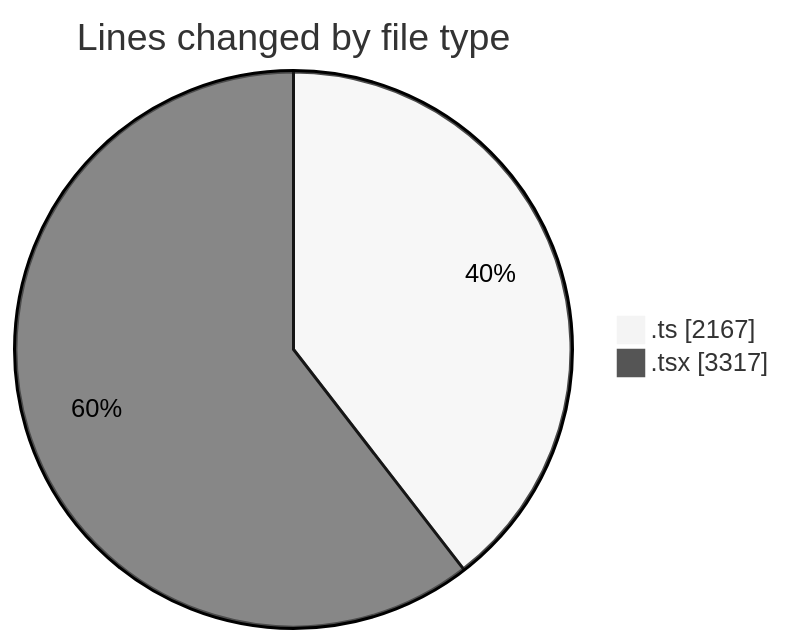
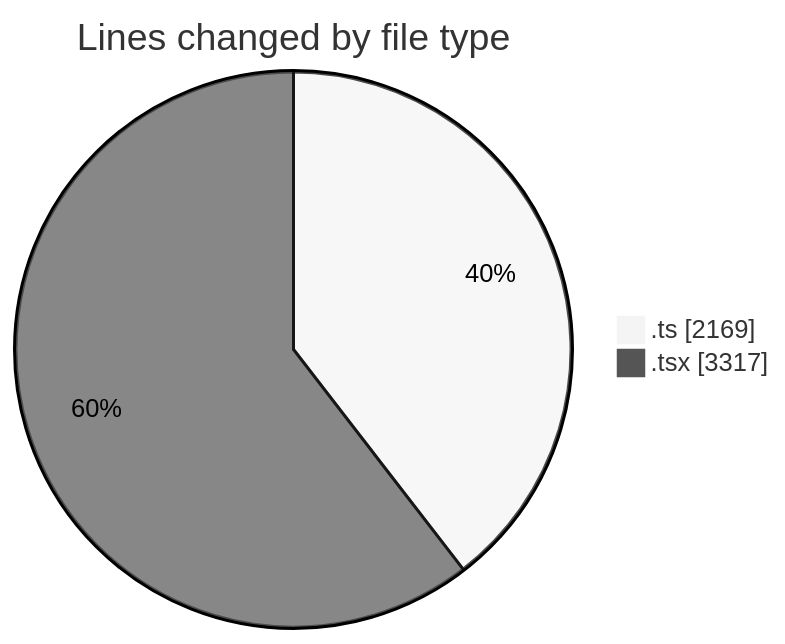
One commit to nxtqubesakshisongat/code-tracking changed the first of 2 diagrams in 2026-03-12/nxtqube_webapp/README.md. Above: the diagram before and after it, drawn with Mermaid (neutral theme). The commit also changed other lines of this file and 1 other file, not shown here.

````diff
--- a/2026-03-12/nxtqube_webapp/README.md
+++ b/2026-03-12/nxtqube_webapp/README.md
@@ -32,6 +32,6 @@
 ```mermaid
 pie showData
 title Lines changed by file type
-".ts" : 2167
+".ts" : 2169
 ".tsx" : 3317
 ```
````
